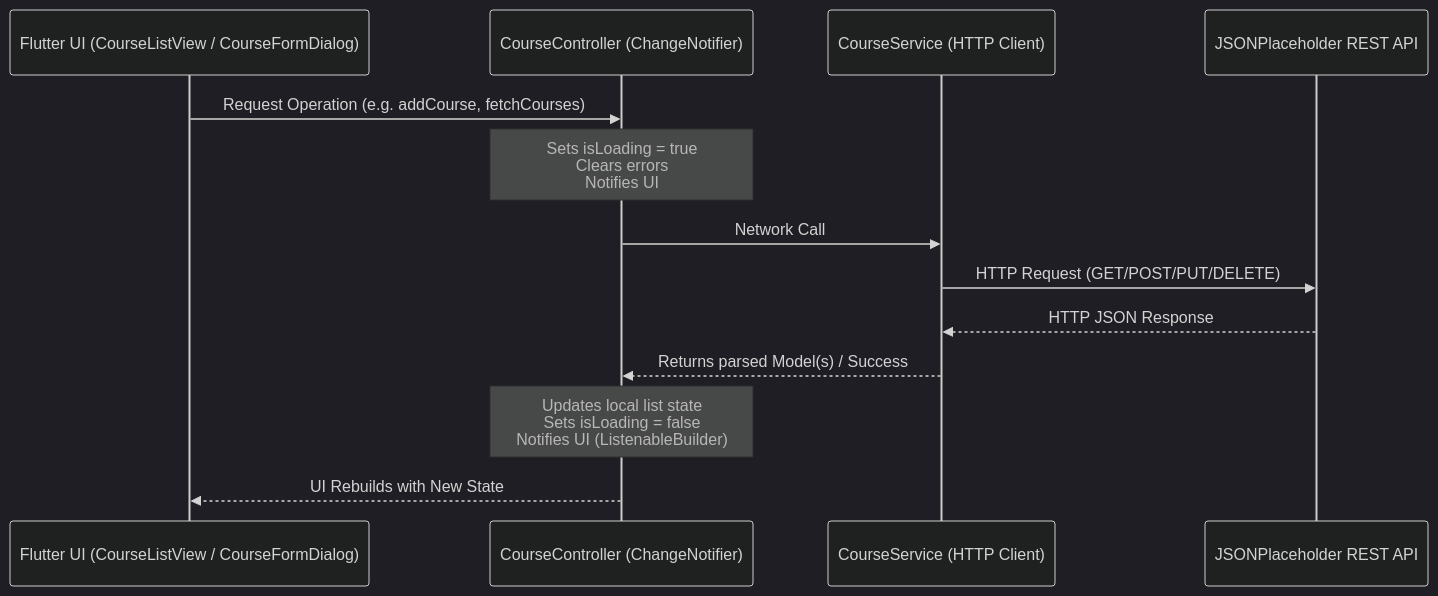
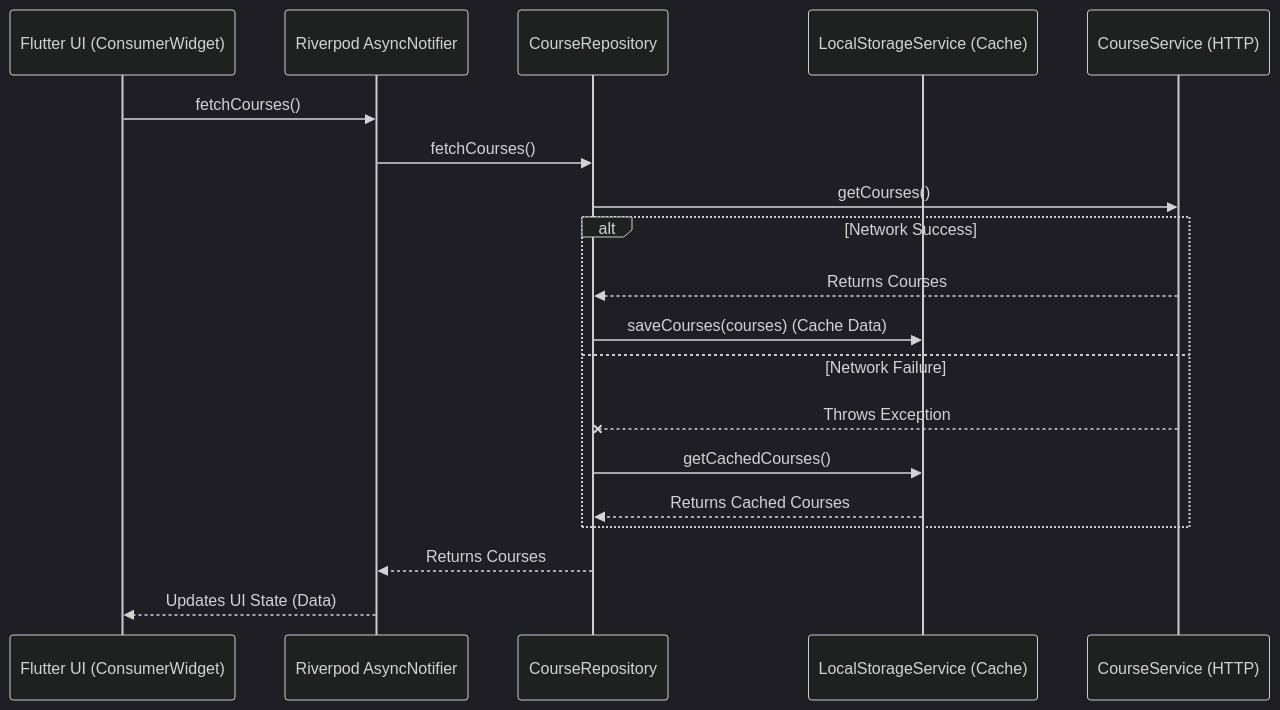
The diagram in README.md (muneebhere21-collab/Assignment_01_ApplicationDevelopmet), drawn with Mermaid (dark theme) before and after one commit. The commit also changed other lines of this file and 9 other files, not shown here.

Commit message:
feat: offline cache, riverpod, and optimistic UI updates

````diff
--- a/README.md
+++ b/README.md
@@ -89,16 +95,22 @@
 ```mermaid
 sequenceDiagram
-    participant UI as Flutter UI (CourseListView / CourseFormDialog)
-    participant Ctrl as CourseController (ChangeNotifier)
-    participant Service as CourseService (HTTP Client)
-    participant API as JSONPlaceholder REST API
+    participant UI as Flutter UI (ConsumerWidget)
+    participant Provider as Riverpod AsyncNotifier
+    participant Repo as CourseRepository
+    participant Hive as LocalStorageService (Cache)
+    participant API as CourseService (HTTP)
 
-    UI->>Ctrl: Request Operation (e.g. addCourse, fetchCourses)
-    Note over Ctrl: Sets isLoading = true<br/>Clears errors<br/>Notifies UI
-    Ctrl->>Service: Network Call
-    Service->>API: HTTP Request (GET/POST/PUT/DELETE)
-    API-->>Service: HTTP JSON Response
-    Service-->>Ctrl: Returns parsed Model(s) / Success
-    Note over Ctrl: Updates local list state<br/>Sets isLoading = false<br/>Notifies UI (ListenableBuilder)
-    Ctrl-->>UI: UI Rebuilds with New State
+    UI->>Provider: fetchCourses()
+    Provider->>Repo: fetchCourses()
+    Repo->>API: getCourses()
+    alt Network Success
+        API-->>Repo: Returns Courses
+        Repo->>Hive: saveCourses(courses) (Cache Data)
+    else Network Failure
+        API--xRepo: Throws Exception
+        Repo->>Hive: getCachedCourses()
+        Hive-->>Repo: Returns Cached Courses
+    end
+    Repo-->>Provider: Returns Courses
+    Provider-->>UI: Updates UI State (Data)
 ```
````
